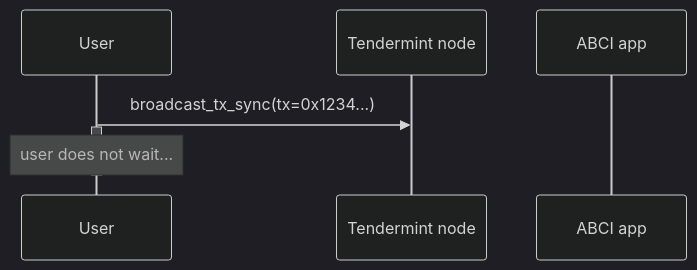
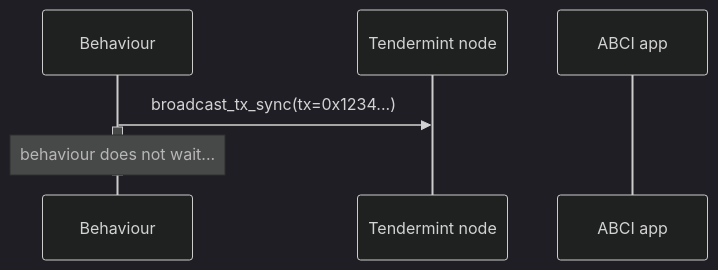
The second of 4 diagrams in docs/abci-implementation.md (valory-xyz/open-autonomy), drawn with Mermaid (dark theme) before and after one commit. The commit also changed other lines of this file, not shown here.

Commit message:
docs: replace user with behaviour

```diff
--- a/docs/abci-implementation.md
+++ b/docs/abci-implementation.md
@@ -89,13 +87,13 @@
 <div class="mermaid">
     sequenceDiagram
 
-        participant User
+        participant Behaviour
         participant Tendermint node
         participant ABCI app
 
-        User->>Tendermint node: broadcast_tx_sync(tx=0x1234...)
-        activate User
-        note over User: user does not wait...
-        deactivate User
+        Behaviour->>Tendermint node: broadcast_tx_sync(tx=0x1234...)
+        activate Behaviour
+        note over Behaviour: behaviour does not wait...
+        deactivate Behaviour
 
 </div>
```
